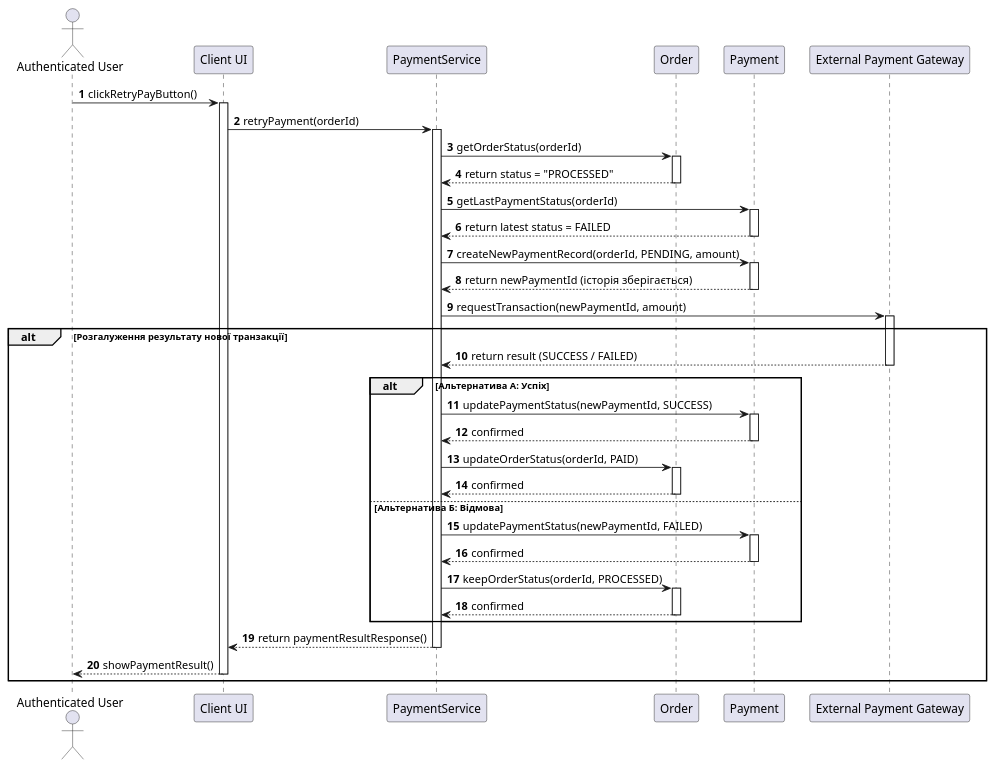
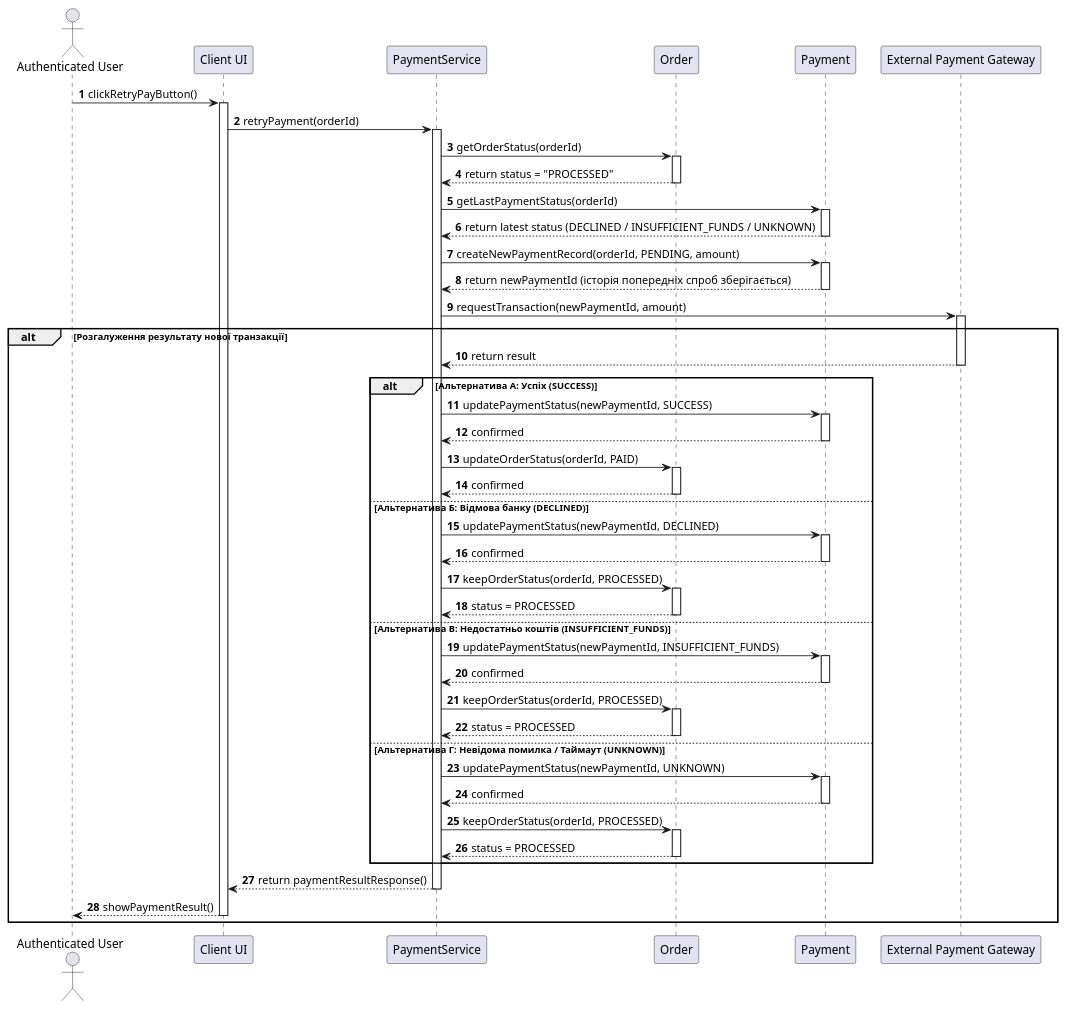
Before and after one commit to wameny/KPI2year: the diagram in lab3/s3-diagram.puml, drawn with PlantUML. The commit also changed 5 other files, not shown here.

First line of the commit message:
reservedQuantity added and diagrams updated

```diff
--- a/lab3/s3-diagram.puml
+++ b/lab3/s3-diagram.puml
@@ -1,68 +1,91 @@
 @startuml
 autonumber
 skinparam BoxPadding 10
 skinparam ParticipantPadding 10
 
 actor "Authenticated User" as User
 participant "Client UI" as UI
 participant "PaymentService" as Service
 participant "Order" as Order
 participant "Payment" as Payment
 participant "External Payment Gateway" as Gateway
 
 User -> UI: clickRetryPayButton()
 activate UI
 UI -> Service: retryPayment(orderId)
 activate Service
 
 Service -> Order: getOrderStatus(orderId)
 activate Order
 Order --> Service: return status = "PROCESSED"
 deactivate Order
 
 Service -> Payment: getLastPaymentStatus(orderId)
 activate Payment
-Payment --> Service: return latest status = FAILED
+Payment --> Service: return latest status (DECLINED / INSUFFICIENT_FUNDS / UNKNOWN)
 deactivate Payment
 
 Service -> Payment: createNewPaymentRecord(orderId, PENDING, amount)
 activate Payment
-Payment --> Service: return newPaymentId (історія зберігається)
+Payment --> Service: return newPaymentId (історія попередніх спроб зберігається)
 deactivate Payment
 
 Service -> Gateway: requestTransaction(newPaymentId, amount)
 activate Gateway
 
 alt Розгалуження результату нової транзакції
-    Gateway --> Service: return result (SUCCESS / FAILED)
+    Gateway --> Service: return result
     deactivate Gateway
     
-    alt Альтернатива А: Успіх
+    alt Альтернатива А: Успіх (SUCCESS)
         Service -> Payment: updatePaymentStatus(newPaymentId, SUCCESS)
         activate Payment
         Payment --> Service: confirmed
         deactivate Payment
         
         Service -> Order: updateOrderStatus(orderId, PAID)
         activate Order
         Order --> Service: confirmed
         deactivate Order
-    else Альтернатива Б: Відмова
-        Service -> Payment: updatePaymentStatus(newPaymentId, FAILED)
+        
+    else Альтернатива Б: Відмова банку (DECLINED)
+        Service -> Payment: updatePaymentStatus(newPaymentId, DECLINED)
         activate Payment
         Payment --> Service: confirmed
         deactivate Payment
         
         Service -> Order: keepOrderStatus(orderId, PROCESSED)
         activate Order
-        Order --> Service: confirmed
+        Order --> Service: status = PROCESSED
+        deactivate Order
+        
+    else Альтернатива В: Недостатньо коштів (INSUFFICIENT_FUNDS)
+        Service -> Payment: updatePaymentStatus(newPaymentId, INSUFFICIENT_FUNDS)
+        activate Payment
+        Payment --> Service: confirmed
+        deactivate Payment
+        
+        Service -> Order: keepOrderStatus(orderId, PROCESSED)
+        activate Order
+        Order --> Service: status = PROCESSED
+        deactivate Order
+
+    else Альтернатива Г: Невідома помилка / Таймаут (UNKNOWN)
+        Service -> Payment: updatePaymentStatus(newPaymentId, UNKNOWN)
+        activate Payment
+        Payment --> Service: confirmed
+        deactivate Payment
+        
+        Service -> Order: keepOrderStatus(orderId, PROCESSED)
+        activate Order
+        Order --> Service: status = PROCESSED
         deactivate Order
     end
 
     Service --> UI: return paymentResultResponse()
     deactivate Service
     UI --> User: showPaymentResult()
     deactivate UI
 end
 
 @enduml
```
